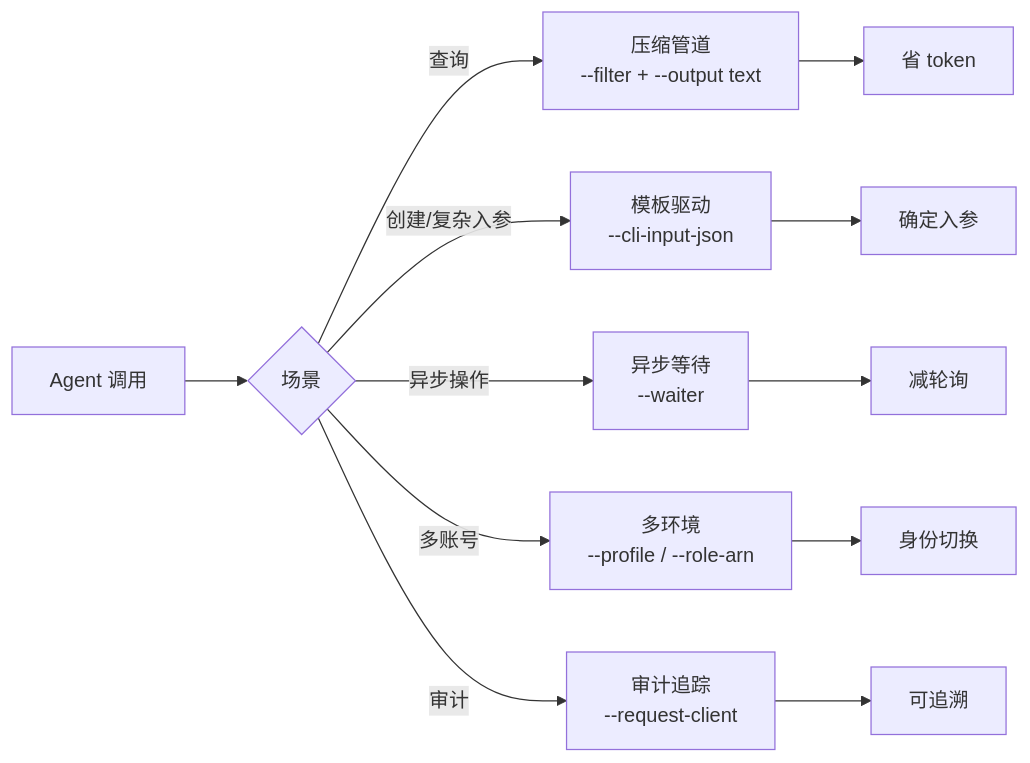
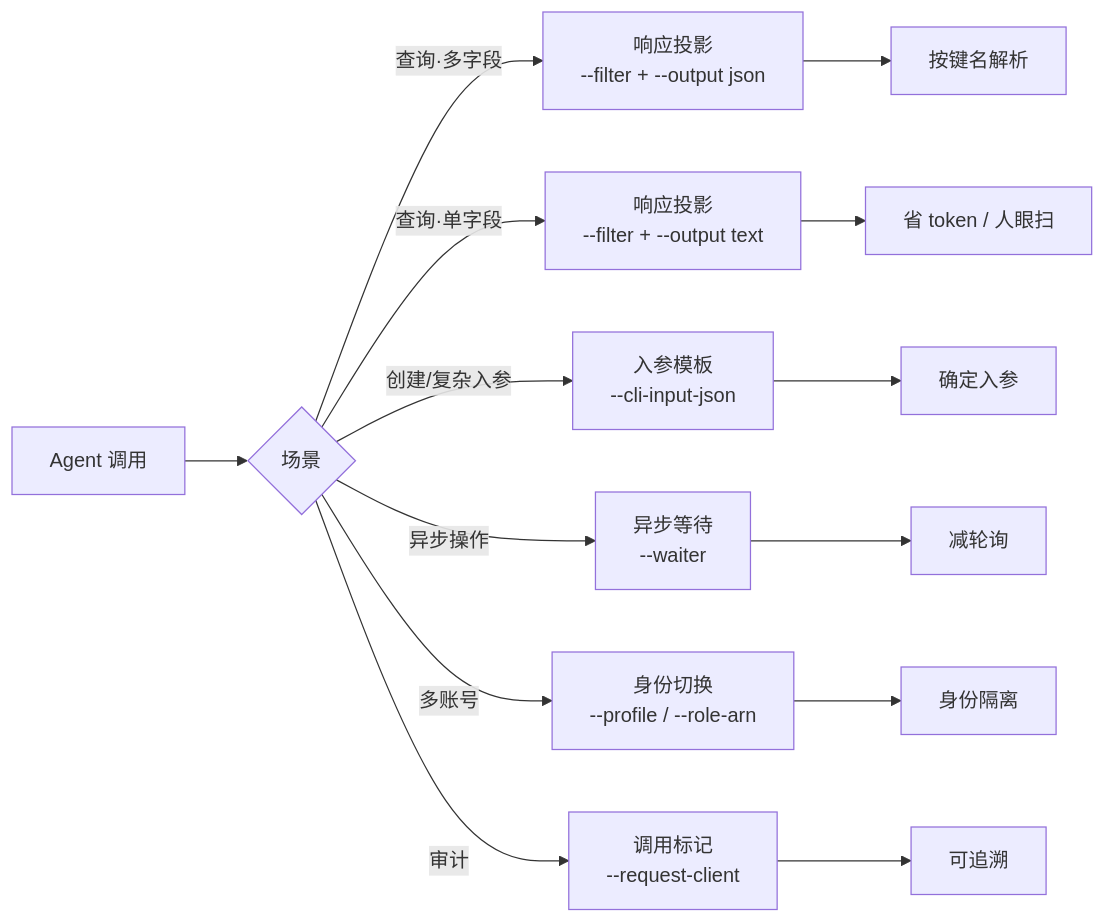
Before and after one commit to Kerwin0224/tke-cli-guide: the diagram in appendix/agent-optimization.md, drawn with Mermaid. The commit also changed other lines of this file, not shown here.

````diff
--- a/appendix/agent-optimization.md
+++ b/appendix/agent-optimization.md
@@ -14,14 +15,16 @@
 ```mermaid
 graph LR
     A[Agent 调用] --> B{场景}
-    B -->|查询| C[压缩管道<br/>--filter + --output text]
-    B -->|创建/复杂入参| D[模板驱动<br/>--cli-input-json]
-    B -->|异步操作| E[异步等待<br/>--waiter]
-    B -->|多账号| F[多环境<br/>--profile / --role-arn]
-    B -->|审计| G[审计追踪<br/>--request-client]
-    C --> H[省 token]
-    D --> I[确定入参]
-    E --> J[减轮询]
-    F --> K[身份切换]
-    G --> L[可追溯]
+    B -->|查询·多字段| C[响应投影<br/>--filter + --output json]
+    B -->|查询·单字段| D[响应投影<br/>--filter + --output text]
+    B -->|创建/复杂入参| E[入参模板<br/>--cli-input-json]
+    B -->|异步操作| F[异步等待<br/>--waiter]
+    B -->|多账号| G[身份切换<br/>--profile / --role-arn]
+    B -->|审计| H[调用标记<br/>--request-client]
+    C --> I[按键名解析]
+    D --> J[省 token / 人眼扫]
+    E --> K[确定入参]
+    F --> L[减轮询]
+    G --> M[身份隔离]
+    H --> N[可追溯]
 ```
````
